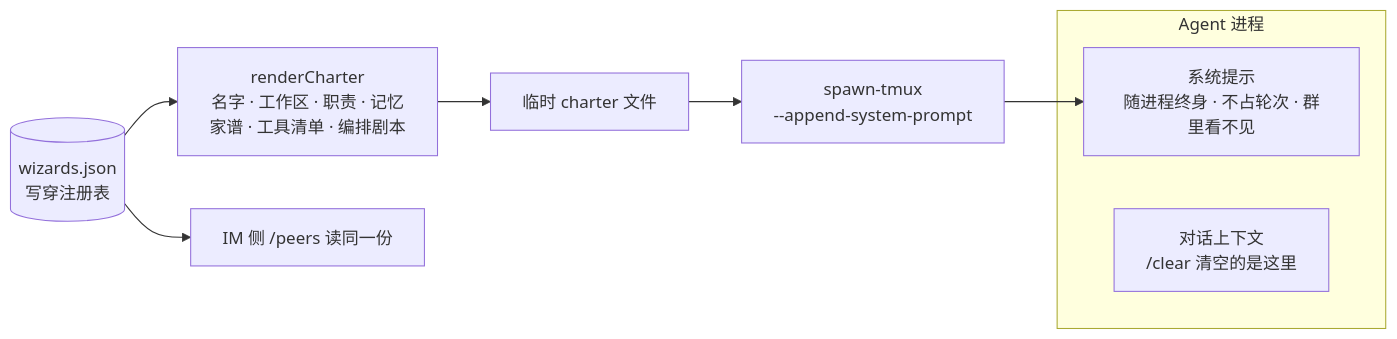
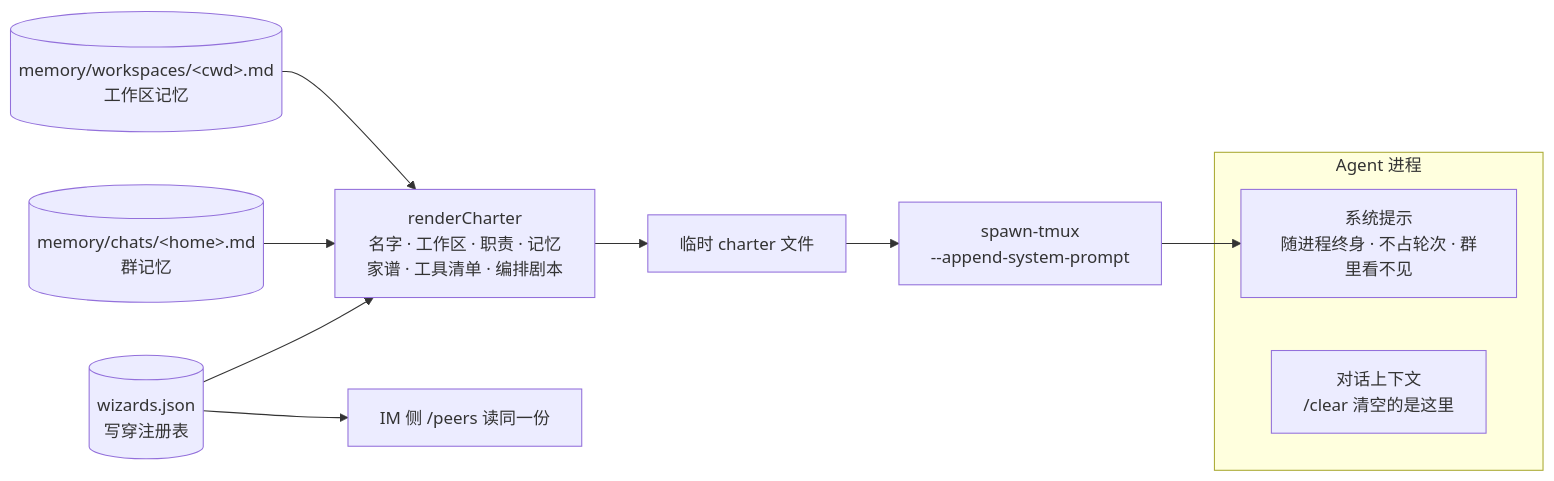
The fifth of 12 diagrams in 技术说明.md (guxi11/wezard), drawn with Mermaid before and after one commit. The commit also changed other lines of this file and 28 other files, not shown here.

````diff
--- a/技术说明.md
+++ b/技术说明.md
@@ -128,12 +143,14 @@
 ```mermaid
 flowchart LR
     reg[("wizards.json<br/>写穿注册表")] --> render["renderCharter<br/>名字 · 工作区 · 职责 · 记忆<br/>家谱 · 工具清单 · 编排剧本"]
+    cm[("memory/chats/&lt;home&gt;.md<br/>群记忆")] --> render
+    wm[("memory/workspaces/&lt;cwd&gt;.md<br/>工作区记忆")] --> render
     render --> file["临时 charter 文件"]
     file --> spawn["spawn-tmux<br/>--append-system-prompt"]
     reg --> peers["IM 侧 /peers 读同一份"]
     subgraph proc["Agent 进程"]
         sys["系统提示<br/>随进程终身 · 不占轮次 · 群里看不见"]
         ctx["对话上下文<br/>/clear 清空的是这里"]
     end
     spawn --> sys
 ```
````
